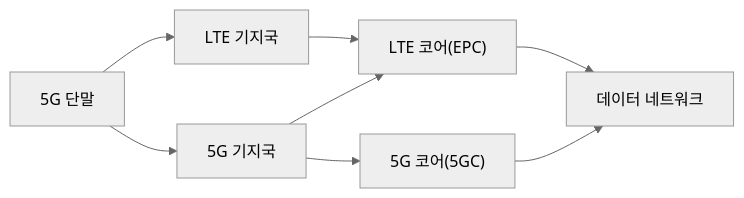
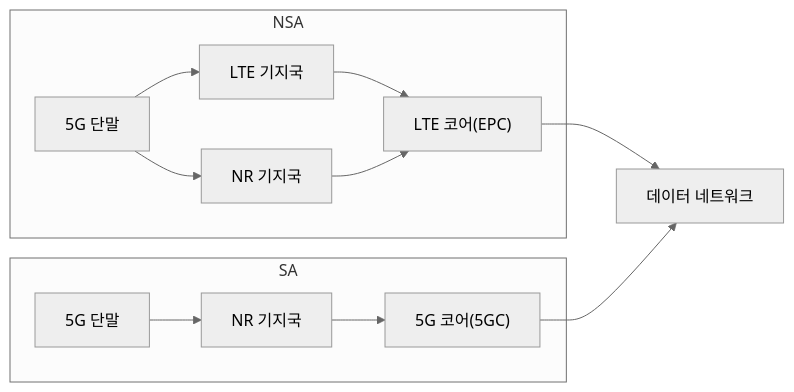
One commit to agnusdei1207/knowledge-base changed the first of 2 diagrams in src/content/docs/notes/04-network/037_5g_sa_nsa.md. Above: the diagram before and after it, drawn with Mermaid (neutral theme). The commit also changed other lines of this file and 7 other files, not shown here.

````diff
--- a/src/content/docs/notes/04-network/037_5g_sa_nsa.md
+++ b/src/content/docs/notes/04-network/037_5g_sa_nsa.md
@@ -52,10 +52,15 @@
 ```mermaid
 flowchart LR
-  U["5G 단말"] --> L["LTE 기지국"]
-  U --> G["5G 기지국"]
-  L --> E["LTE 코어(EPC)"]
-  G --> E
-  G --> C["5G 코어(5GC)"]
+  subgraph N["NSA"]
+    U1["5G 단말"] --> L["LTE 기지국"]
+    U1 --> G1["NR 기지국"]
+    L --> E["LTE 코어(EPC)"]
+    G1 --> E
+  end
+  subgraph S["SA"]
+    U2["5G 단말"] --> G2["NR 기지국"]
+    G2 --> C["5G 코어(5GC)"]
+  end
   E --> D["데이터 네트워크"]
   C --> D
 ```
````
